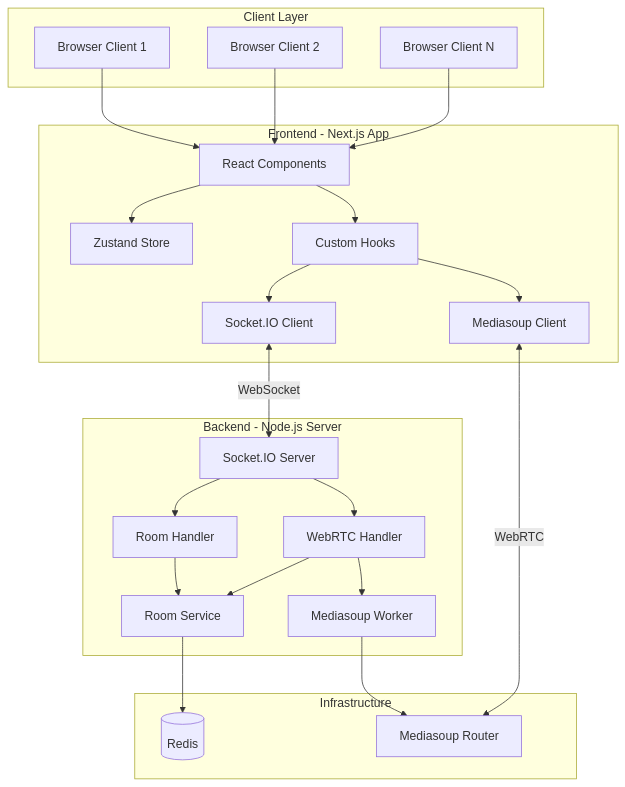
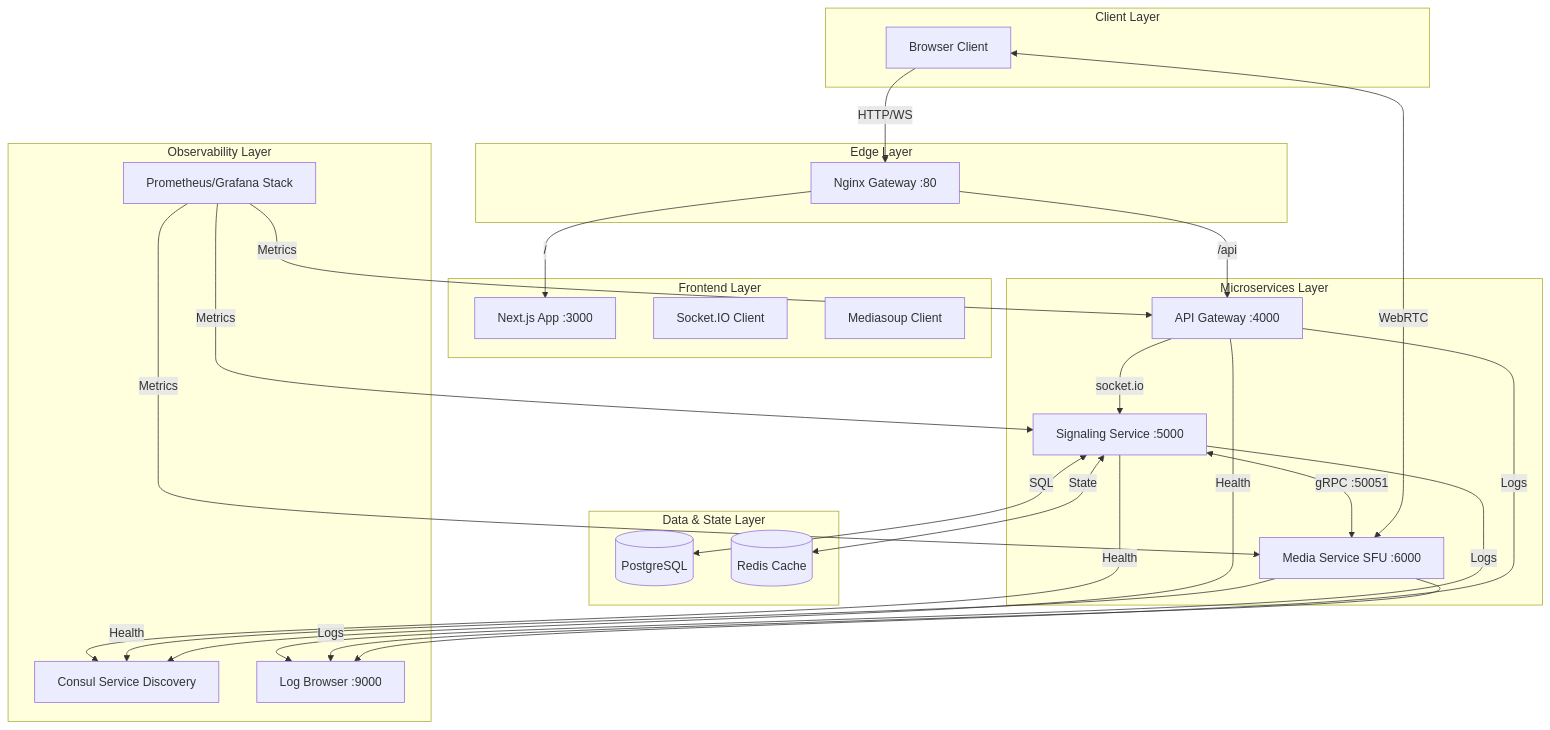
Before and after one commit to pappukrs/Realtime-vedio-call: the diagram in architecture.md, drawn with Mermaid. The commit also changed other lines of this file and 2 other files, not shown here.

````diff
--- a/architecture.md
+++ b/architecture.md
@@ -9,51 +9,49 @@
 ```mermaid
 graph TB
     subgraph "Client Layer"
-        Browser1[Browser Client 1]
-        Browser2[Browser Client 2]
-        Browser3[Browser Client N]
+        User[Browser Client]
     end
     
-    subgraph "Frontend - Next.js App"
-        UI[React Components]
-        Store[Zustand Store]
-        Hooks[Custom Hooks]
+    subgraph "Edge Layer"
+        Nginx[Nginx Gateway :80]
+    end
+
+    subgraph "Frontend Layer"
+        UI[Next.js App :3000]
         SocketClient[Socket.IO Client]
         MediasoupClient[Mediasoup Client]
     end
     
-    subgraph "Backend - Node.js Server"
-        SocketServer[Socket.IO Server]
-        RoomHandler[Room Handler]
-        WebRTCHandler[WebRTC Handler]
-        RoomService[Room Service]
-        MediasoupWorker[Mediasoup Worker]
+    subgraph "Microservices Layer"
+        Gateway[API Gateway :4000]
+        Signaling[Signaling Service :5000]
+        Media[Media Service SFU :6000]
     end
     
-    subgraph "Infrastructure"
-        Redis[(Redis)]
-        MediasoupRouter[Mediasoup Router]
+    subgraph "Data & State Layer"
+        DB[(PostgreSQL)]
+        Redis[(Redis Cache)]
+    end
+
+    subgraph "Observability Layer"
+        Consul[Consul Service Discovery]
+        Prom[Prometheus/Grafana Stack]
+        LogServer[Log Browser :9000]
     end
     
-    Browser1 --> UI
-    Browser2 --> UI
-    Browser3 --> UI
+    User -->|HTTP/WS| Nginx
+    Nginx -->|/| UI
+    Nginx -->|/api| Gateway
     
-    UI --> Store
-    UI --> Hooks
-    Hooks --> SocketClient
-    Hooks --> MediasoupClient
+    Gateway -->|socket.io| Signaling
     
-    SocketClient <-->|WebSocket| SocketServer
-    MediasoupClient <-->|WebRTC| MediasoupRouter
+    Signaling <-->|gRPC :50051| Media
+    Signaling <-->|SQL| DB
+    Signaling <-->|State| Redis
     
-    SocketServer --> RoomHandler
-    SocketServer --> WebRTCHandler
+    Media <-->|WebRTC| User
     
-    RoomHandler --> RoomService
-    WebRTCHandler --> RoomService
-    WebRTCHandler --> MediasoupWorker
-    
-    RoomService --> Redis
-    MediasoupWorker --> MediasoupRouter
+    Signaling & Media & Gateway -->|Health| Consul
+    Prom -->|Metrics| Signaling & Media & Gateway
+    Signaling & Media & Gateway -->|Logs| LogServer
 ```
````
